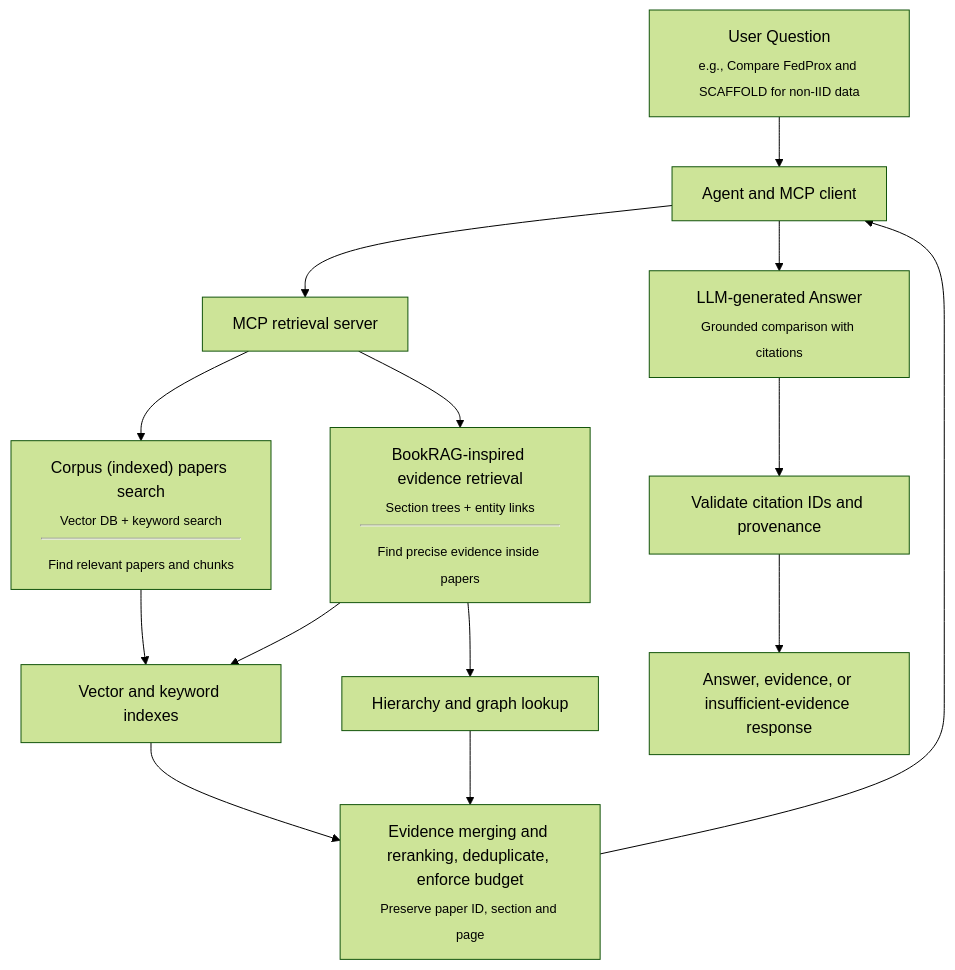
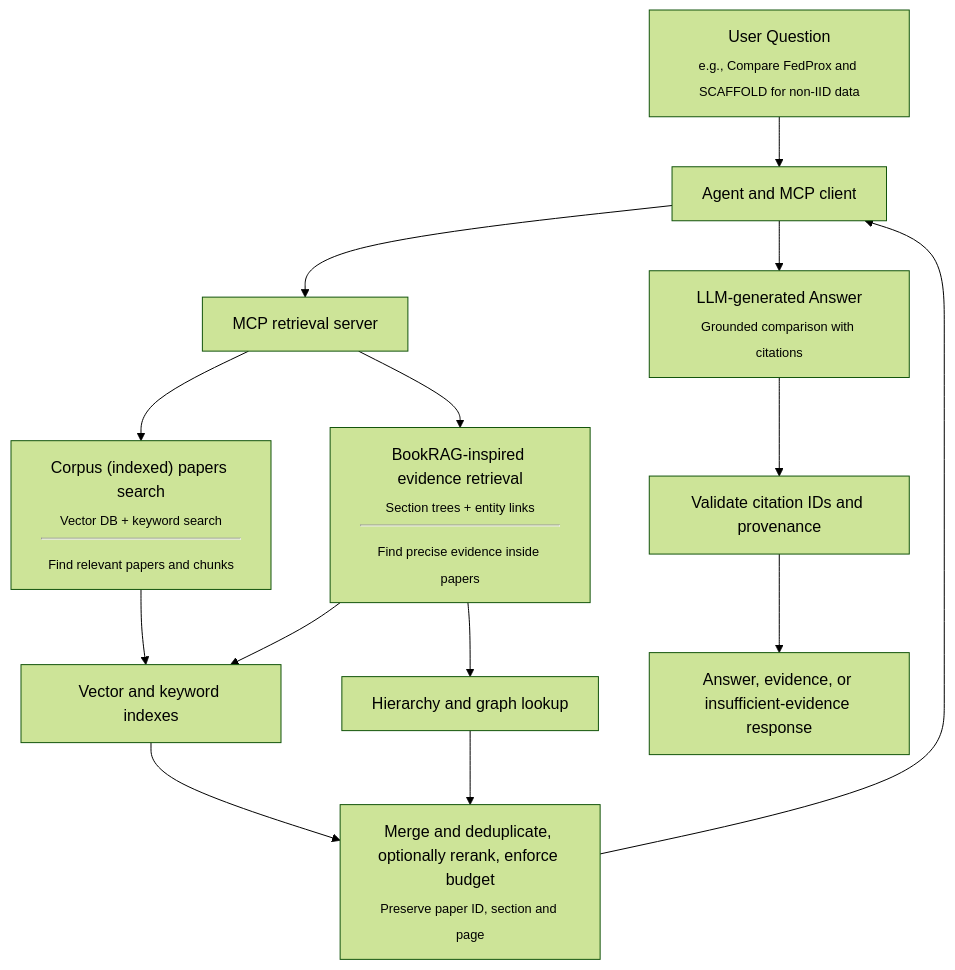
Before and after one commit to ifirdavs/bookrag-augmented: the second of 2 diagrams in README.md, drawn with Mermaid (forest theme). The commit also changed other lines of this file and 1 other file, not shown here.

````diff
--- a/README.md
+++ b/README.md
@@ -80,16 +82,16 @@
 ```mermaid
 flowchart TD
     A["User Question<br><sub style='font-size:0.8em'>e.g., Compare FedProx and SCAFFOLD for non-IID data</sub>"] --> B["Agent and MCP client"]
     B --> C["MCP retrieval server"]
     C --> D["Corpus (indexed) papers search<br><sub style='font-size:0.8em'>Vector DB + keyword search</sub><br><hr><sub style='font-size:0.8em'>Find relevant papers and chunks</sub>"]
     C --> E["BookRAG-inspired evidence retrieval<br><sub style='font-size:0.8em'>Section trees + entity links</sub><br><hr><sub style='font-size:0.8em'>Find precise evidence inside papers</sub>"]
     D --> F["Vector and keyword indexes"]
     E --> F
     E --> G["Hierarchy and graph lookup"]
-    F --> H["Evidence merging and reranking, deduplicate, enforce budget<br><sub style='font-size:0.8em'>Preserve paper ID, section and page</sub>"]
+    F --> H["Merge and deduplicate, optionally rerank, enforce budget<br><sub style='font-size:0.8em'>Preserve paper ID, section and page</sub>"]
     G --> H
     H --> B
     B --> I["LLM-generated Answer<br><sub style='font-size:0.8em'>Grounded comparison with citations</sub>"]
     I --> J["Validate citation IDs and provenance"]
     J --> K["Answer, evidence, or insufficient-evidence response"]
 ```
````
